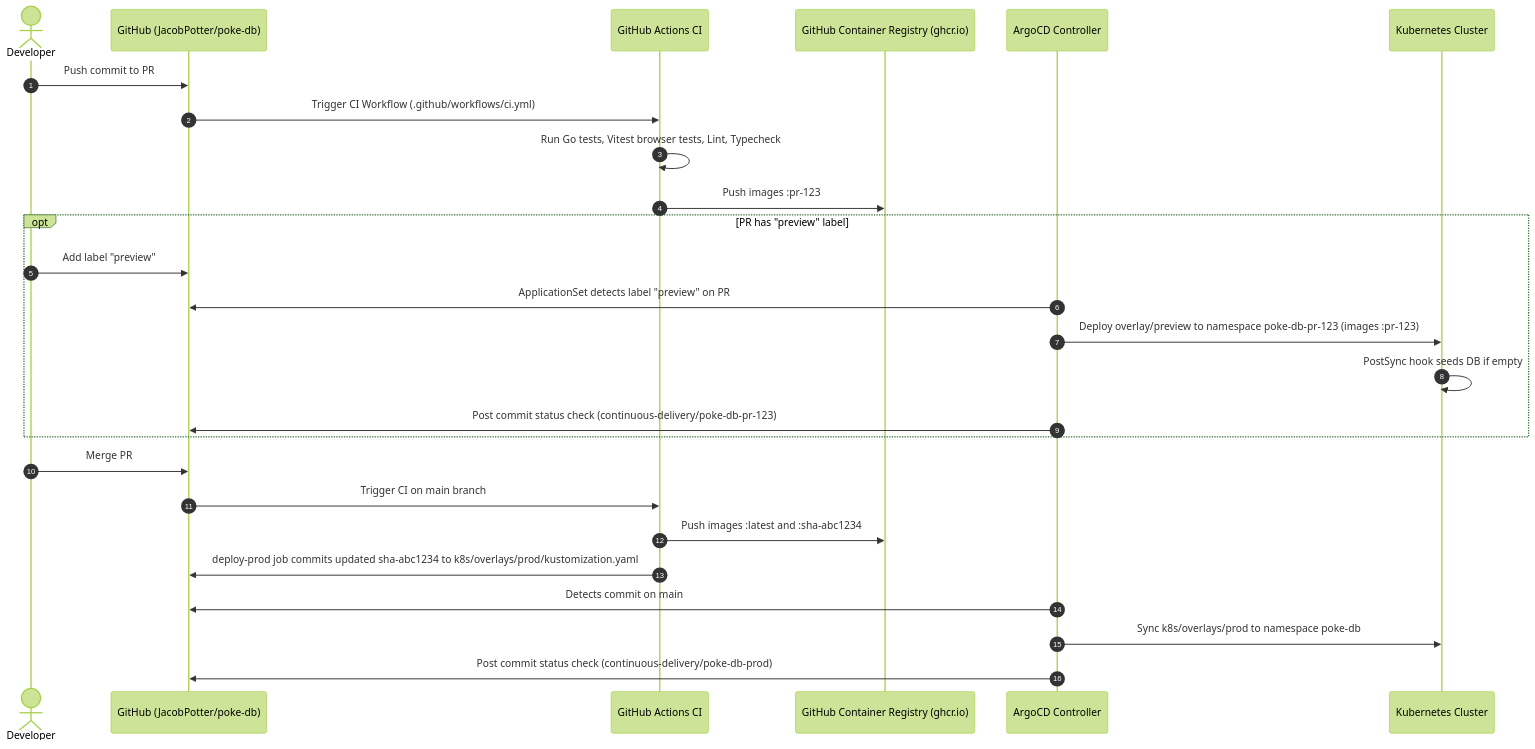
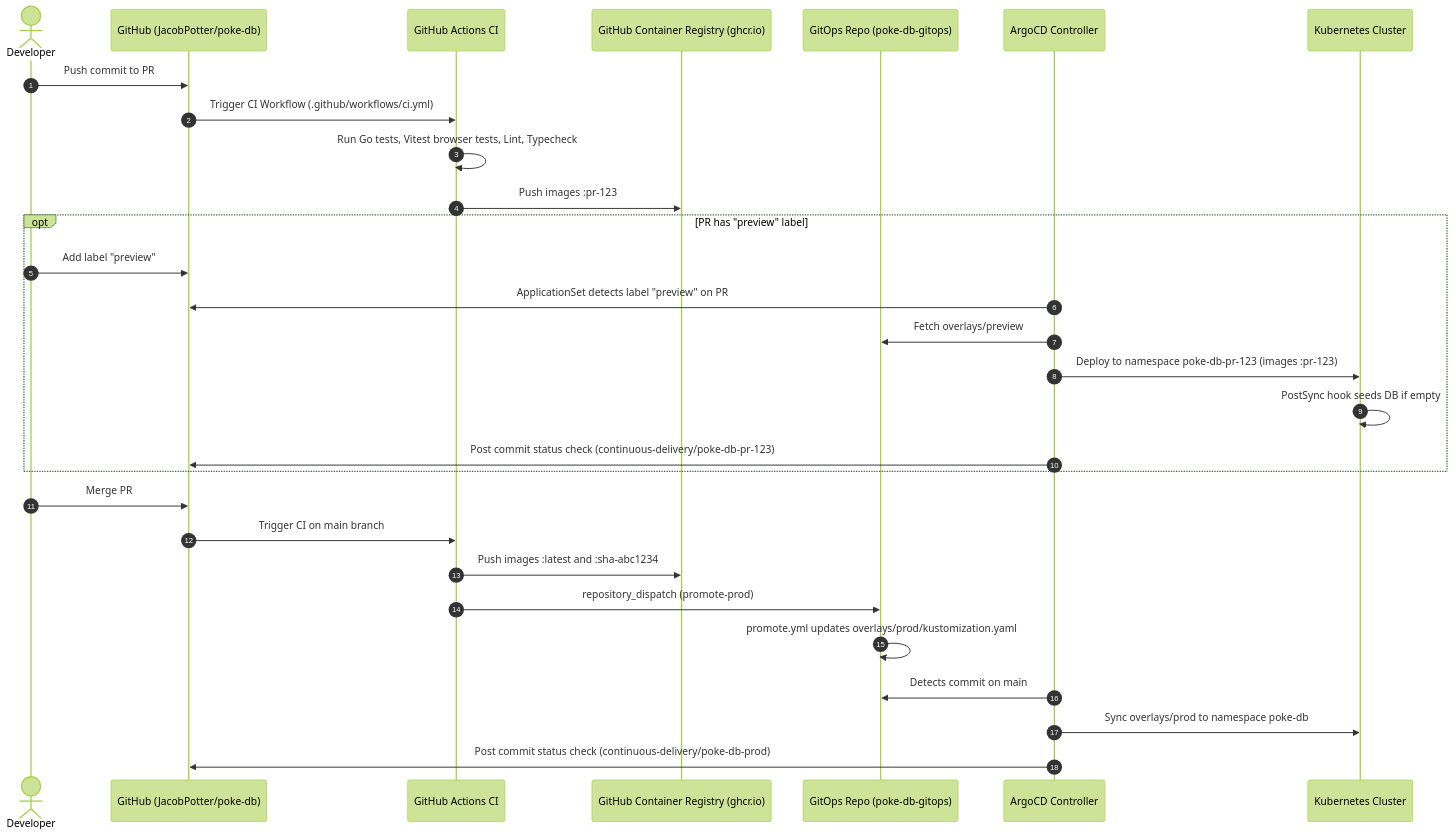
Before and after one commit to JacobPotter/poke-db: the sixth of 6 diagrams in ARCHITECTURE.md, drawn with Mermaid (forest theme). The commit also changed other lines of this file and 31 other files, not shown here.

First line of the commit message:
refactor: move Kubernetes manifests and GitOps to dedicated repository

````diff
--- a/ARCHITECTURE.md
+++ b/ARCHITECTURE.md
@@ -273,31 +273,34 @@
 ```mermaid
 sequenceDiagram
     autonumber
     actor Dev as Developer
     participant GH as GitHub (JacobPotter/poke-db)
     participant CI as GitHub Actions CI
     participant GHCR as GitHub Container Registry (ghcr.io)
+    participant GitOps as GitOps Repo (poke-db-gitops)
     participant Argo as ArgoCD Controller
     participant K8s as Kubernetes Cluster
 
     Dev->>GH: Push commit to PR #123
     GH->>CI: Trigger CI Workflow (.github/workflows/ci.yml)
     CI->>CI: Run Go tests, Vitest browser tests, Lint, Typecheck
     CI->>GHCR: Push images :pr-123
     
     opt PR has "preview" label
         Dev->>GH: Add label "preview"
         Argo->>GH: ApplicationSet detects label "preview" on PR #123
-        Argo->>K8s: Deploy overlay/preview to namespace poke-db-pr-123 (images :pr-123)
+        Argo->>GitOps: Fetch overlays/preview
+        Argo->>K8s: Deploy to namespace poke-db-pr-123 (images :pr-123)
         K8s->>K8s: PostSync hook seeds DB if empty
         Argo->>GH: Post commit status check (continuous-delivery/poke-db-pr-123)
     end
 
     Dev->>GH: Merge PR #123 to main
     GH->>CI: Trigger CI on main branch
     CI->>GHCR: Push images :latest and :sha-abc1234
-    CI->>GH: deploy-prod job commits updated sha-abc1234 to k8s/overlays/prod/kustomization.yaml
-    Argo->>GH: Detects commit on main
-    Argo->>K8s: Sync k8s/overlays/prod to namespace poke-db
+    CI->>GitOps: repository_dispatch (promote-prod)
+    GitOps->>GitOps: promote.yml updates overlays/prod/kustomization.yaml
+    Argo->>GitOps: Detects commit on main
+    Argo->>K8s: Sync overlays/prod to namespace poke-db
     Argo->>GH: Post commit status check (continuous-delivery/poke-db-prod)
 ```
````
